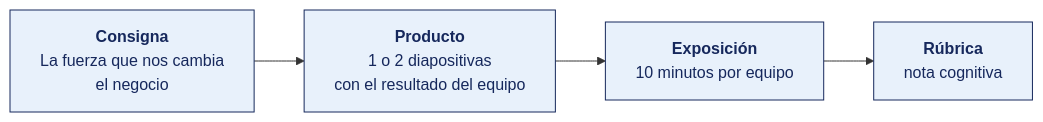
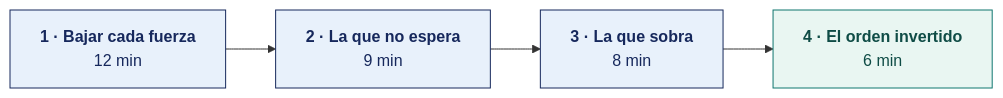
One commit to OscarJimenezFlores/PETI changed the diagram in SEMANA-02/2-DINAMICA.md. Above: the diagram before and after it, drawn with Mermaid. The commit also changed other lines of this file and 5 other files, not shown here.

````diff
--- a/SEMANA-02/2-DINAMICA.md
+++ b/SEMANA-02/2-DINAMICA.md
@@ -13,10 +29,12 @@
 ```mermaid
 flowchart LR
-    C["<b>Consigna</b><br/>La fuerza que nos cambia<br/>el negocio"]
-    P["<b>Producto</b><br/>1 o 2 diapositivas<br/>con el resultado del equipo"]
-    E["<b>Exposición</b><br/>10 minutos por equipo"]
-    R["<b>Rúbrica</b><br/>nota cognitiva"]
-    C --> P --> E --> R
+    P1["<b>1 · Bajar cada fuerza</b><br/>12 min"]
+    P2["<b>2 · La que no espera</b><br/>9 min"]
+    P3["<b>3 · La que sobra</b><br/>8 min"]
+    P4["<b>4 · El orden invertido</b><br/>6 min"]
+    P1 --> P2 --> P3 --> P4
     classDef d fill:#E8F1FB,stroke:#16285C,stroke-width:1px,color:#16285C;
-    class C,P,E,R d;
+    classDef f fill:#E9F6F2,stroke:#0F766E,stroke-width:1px,color:#0F4C46;
+    class P1,P2,P3 d;
+    class P4 f;
 ```
````
